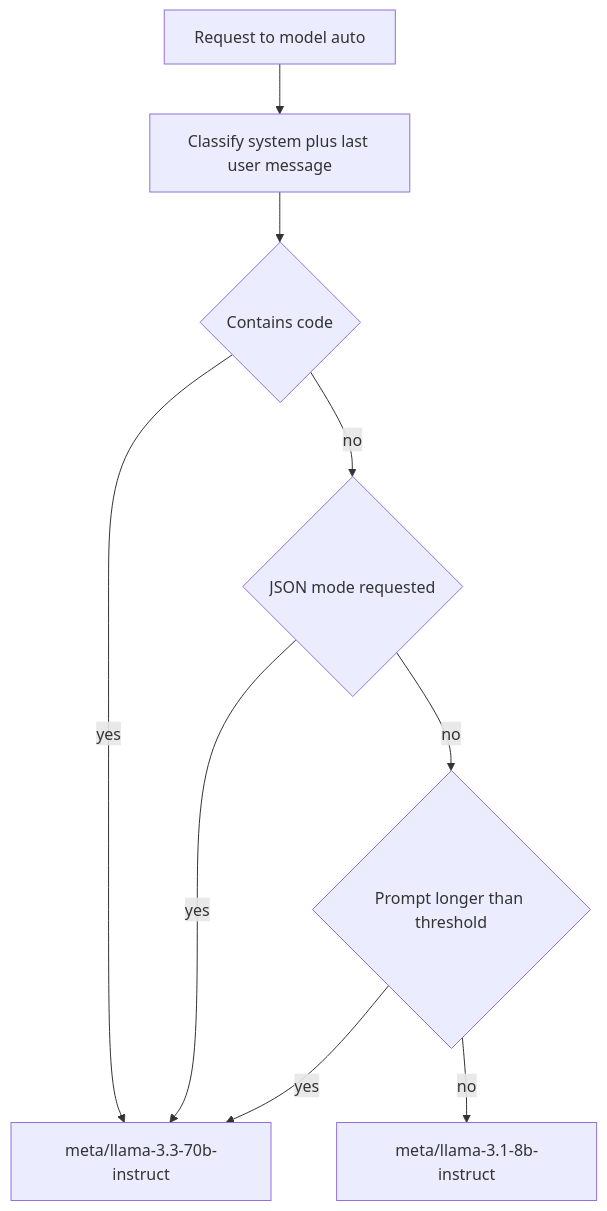
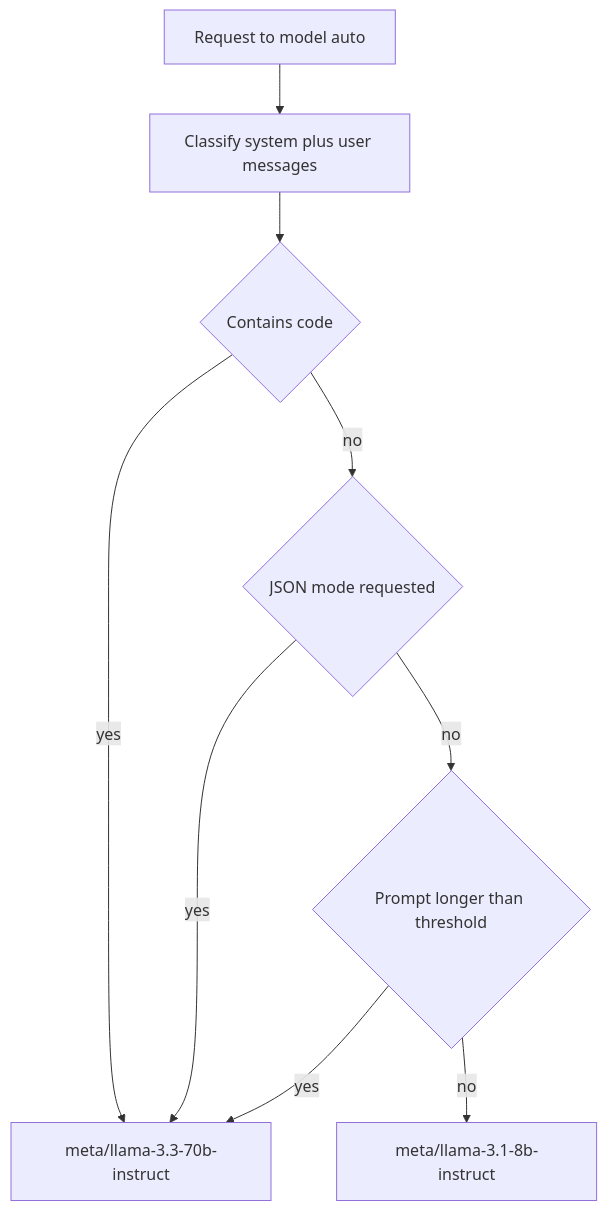
One commit to AleBrito124356/llm-gateway changed the second of 2 diagrams in README.md. Above: the diagram before and after it, drawn with Mermaid. The commit also changed other lines of this file and 3 other files, not shown here.

````diff
--- a/README.md
+++ b/README.md
@@ -60,11 +116,11 @@
 ```mermaid
 flowchart TD
-    Q[Request to model auto] --> S[Classify system plus last user message]
+    Q[Request to model auto] --> S[Classify system plus user messages]
     S --> C1{Contains code}
     C1 -->|yes| STRONG[meta/llama-3.3-70b-instruct]
     C1 -->|no| C2{JSON mode requested}
     C2 -->|yes| STRONG
     C2 -->|no| C3{Prompt longer than threshold}
     C3 -->|yes| STRONG
     C3 -->|no| CHEAP[meta/llama-3.1-8b-instruct]
 ```
````
